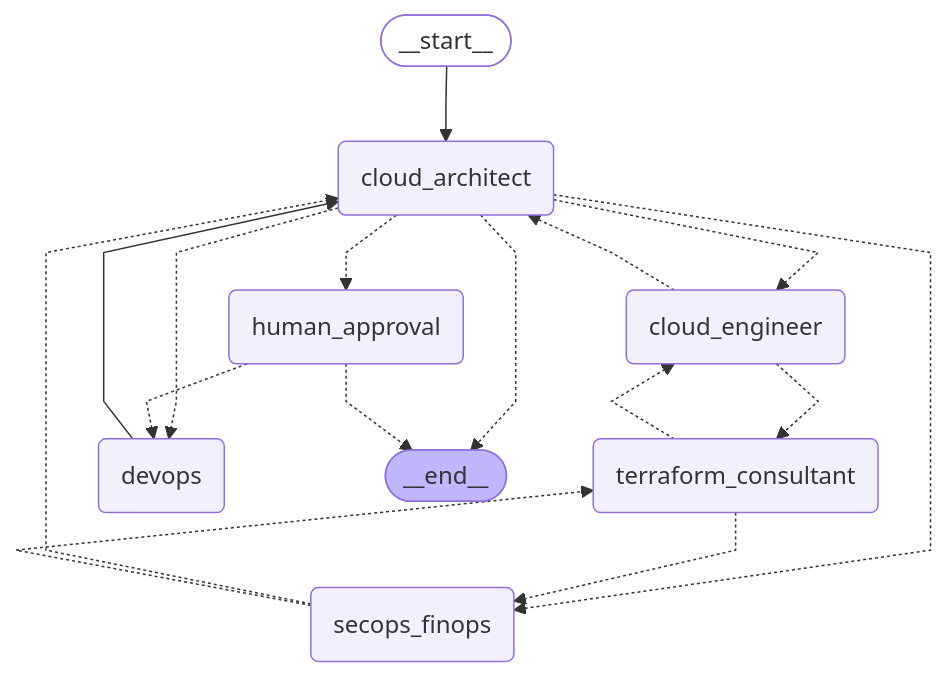
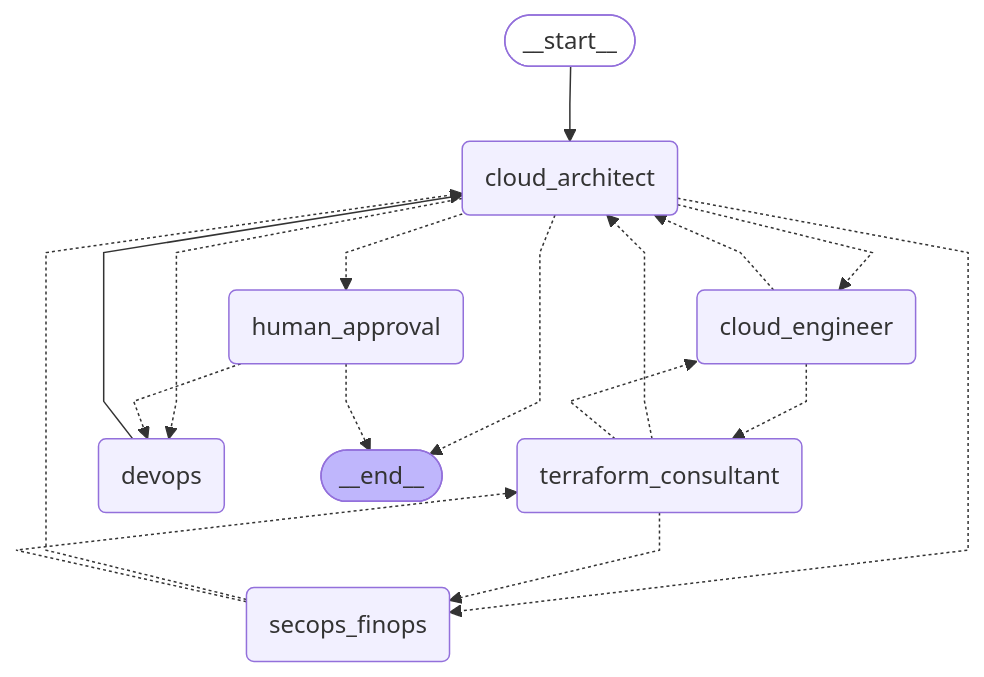
One commit to mscherenberg-prodyna/iac-agents changed the diagram in workflow_diagram.mmd. Above: the diagram before and after it, drawn with Mermaid. The commit also changed 14 other files, not shown here.

```diff
--- a/workflow_diagram.mmd
+++ b/workflow_diagram.mmd
@@ -1,32 +1,33 @@
 ---
 config:
   flowchart:
     curve: linear
 ---
 graph TD;
 	__start__([<p>__start__</p>]):::first
 	cloud_architect(cloud_architect)
 	cloud_engineer(cloud_engineer)
 	terraform_consultant(terraform_consultant)
 	secops_finops(secops_finops)
 	devops(devops)
 	human_approval(human_approval)
 	__end__([<p>__end__</p>]):::last
 	__start__ --> cloud_architect;
 	cloud_architect -.-> __end__;
 	cloud_architect -.-> cloud_engineer;
 	cloud_architect -.-> devops;
 	cloud_architect -.-> human_approval;
 	cloud_architect -.-> secops_finops;
 	cloud_engineer -.-> cloud_architect;
 	cloud_engineer -.-> terraform_consultant;
 	devops --> cloud_architect;
 	human_approval -.-> __end__;
 	human_approval -.-> devops;
 	secops_finops -.-> cloud_architect;
 	secops_finops -.-> terraform_consultant;
+	terraform_consultant -.-> cloud_architect;
 	terraform_consultant -.-> cloud_engineer;
 	terraform_consultant -.-> secops_finops;
 	classDef default fill:#f2f0ff,line-height:1.2
 	classDef first fill-opacity:0
 	classDef last fill:#bfb6fc
```
